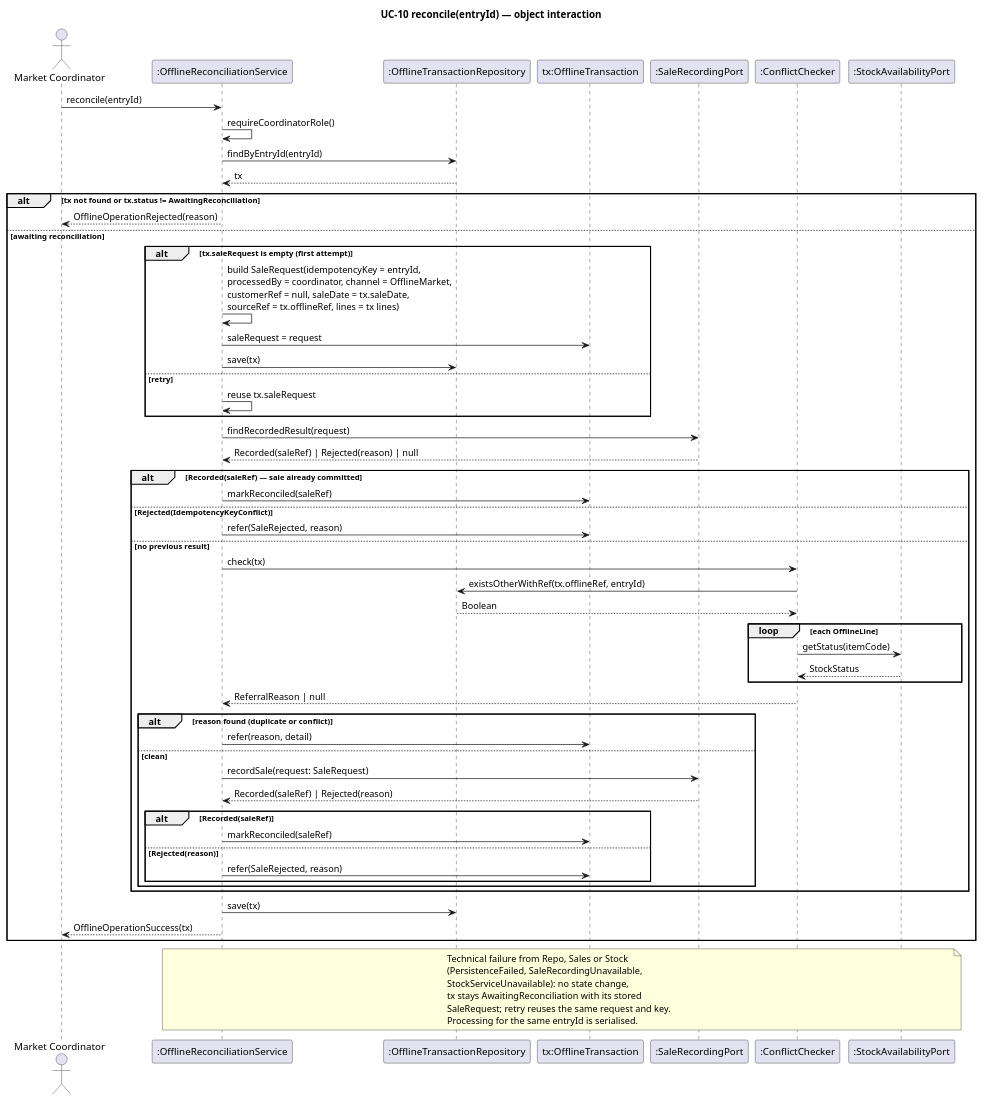
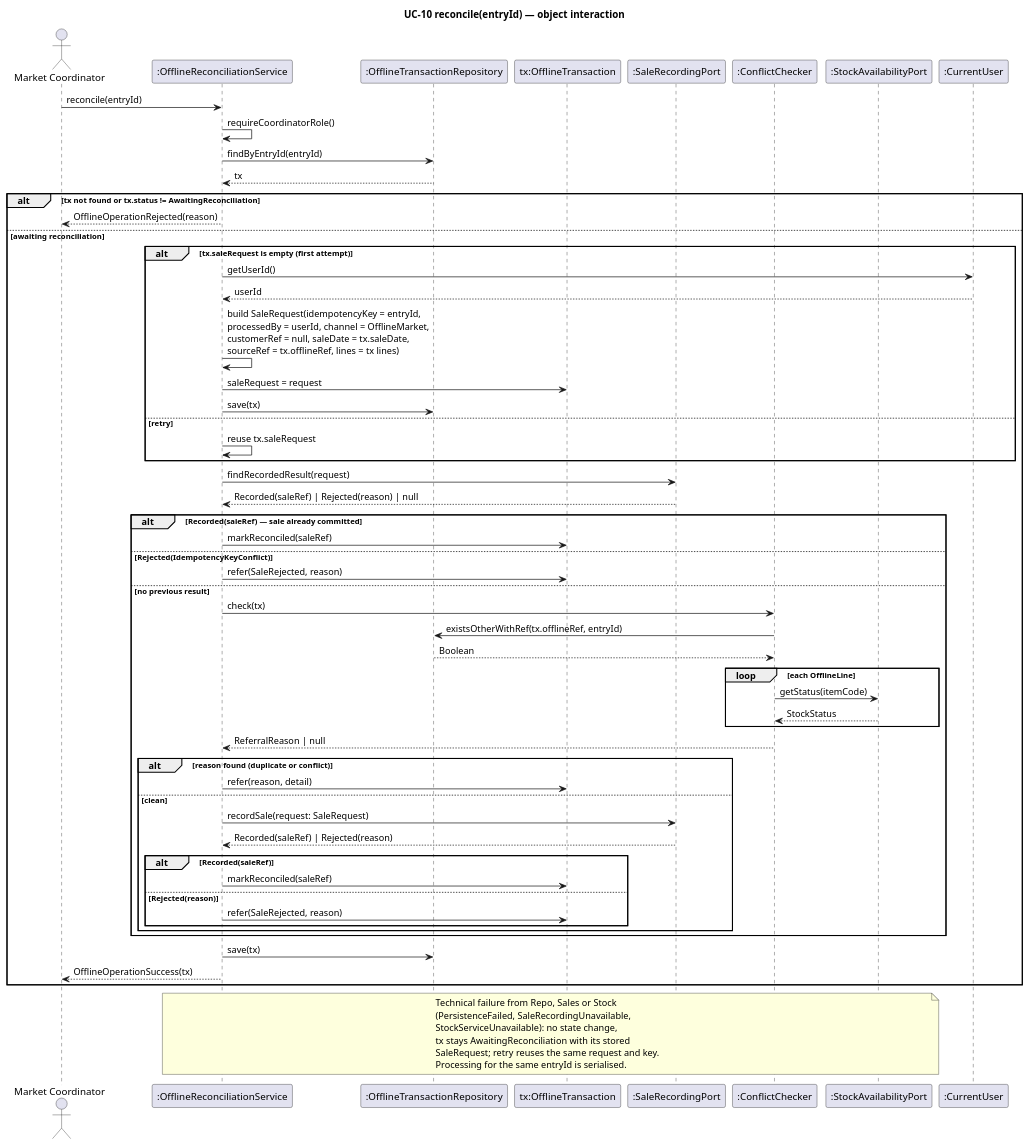
One commit to Mykola-Rubliuk/LocalCraftMarketplace changed the diagram in ca2-analysis/slices/slice-3/sequence/sequence.puml. Above: the diagram before and after it, drawn with PlantUML. The commit also changed 33 other files, not shown here.

First line of the commit message:
Add shared CurrentUser decision (D-CA2-20)

```diff
--- a/ca2-analysis/slices/slice-3/sequence/sequence.puml
+++ b/ca2-analysis/slices/slice-3/sequence/sequence.puml
@@ -1,70 +1,73 @@
 @startuml
 title UC-10 reconcile(entryId) — object interaction
 
 actor "Market Coordinator" as C
 participant ":OfflineReconciliationService" as Svc
 participant ":OfflineTransactionRepository" as Repo
 participant "tx:OfflineTransaction" as Tx
 participant ":SaleRecordingPort" as Sales
 participant ":ConflictChecker" as Chk
 participant ":StockAvailabilityPort" as Stock
+participant ":CurrentUser" as User
 
 C -> Svc : reconcile(entryId)
 Svc -> Svc : requireCoordinatorRole()
 Svc -> Repo : findByEntryId(entryId)
 Repo --> Svc : tx
 
 alt tx not found or tx.status != AwaitingReconciliation
   Svc --> C : OfflineOperationRejected(reason)
 else awaiting reconciliation
   alt tx.saleRequest is empty (first attempt)
-    Svc -> Svc : build SaleRequest(idempotencyKey = entryId,\nprocessedBy = coordinator, channel = OfflineMarket,\ncustomerRef = null, saleDate = tx.saleDate,\nsourceRef = tx.offlineRef, lines = tx lines)
+    Svc -> User : getUserId()
+    User --> Svc : userId
+    Svc -> Svc : build SaleRequest(idempotencyKey = entryId,\nprocessedBy = userId, channel = OfflineMarket,\ncustomerRef = null, saleDate = tx.saleDate,\nsourceRef = tx.offlineRef, lines = tx lines)
     Svc -> Tx : saleRequest = request
     Svc -> Repo : save(tx)
   else retry
     Svc -> Svc : reuse tx.saleRequest
   end
 
   Svc -> Sales : findRecordedResult(request)
   Sales --> Svc : Recorded(saleRef) | Rejected(reason) | null
 
   alt Recorded(saleRef) — sale already committed
     Svc -> Tx : markReconciled(saleRef)
   else Rejected(IdempotencyKeyConflict)
     Svc -> Tx : refer(SaleRejected, reason)
   else no previous result
     Svc -> Chk : check(tx)
     Chk -> Repo : existsOtherWithRef(tx.offlineRef, entryId)
     Repo --> Chk : Boolean
     loop each OfflineLine
       Chk -> Stock : getStatus(itemCode)
       Stock --> Chk : StockStatus
     end
     Chk --> Svc : ReferralReason | null
 
     alt reason found (duplicate or conflict)
       Svc -> Tx : refer(reason, detail)
     else clean
       Svc -> Sales : recordSale(request: SaleRequest)
       Sales --> Svc : Recorded(saleRef) | Rejected(reason)
       alt Recorded(saleRef)
         Svc -> Tx : markReconciled(saleRef)
       else Rejected(reason)
         Svc -> Tx : refer(SaleRejected, reason)
       end
     end
   end
 
   Svc -> Repo : save(tx)
   Svc --> C : OfflineOperationSuccess(tx)
 end
 
 note over Svc, Stock
   Technical failure from Repo, Sales or Stock
   (PersistenceFailed, SaleRecordingUnavailable,
   StockServiceUnavailable): no state change,
   tx stays AwaitingReconciliation with its stored
   SaleRequest; retry reuses the same request and key.
   Processing for the same entryId is serialised.
 end note
 @enduml
```
